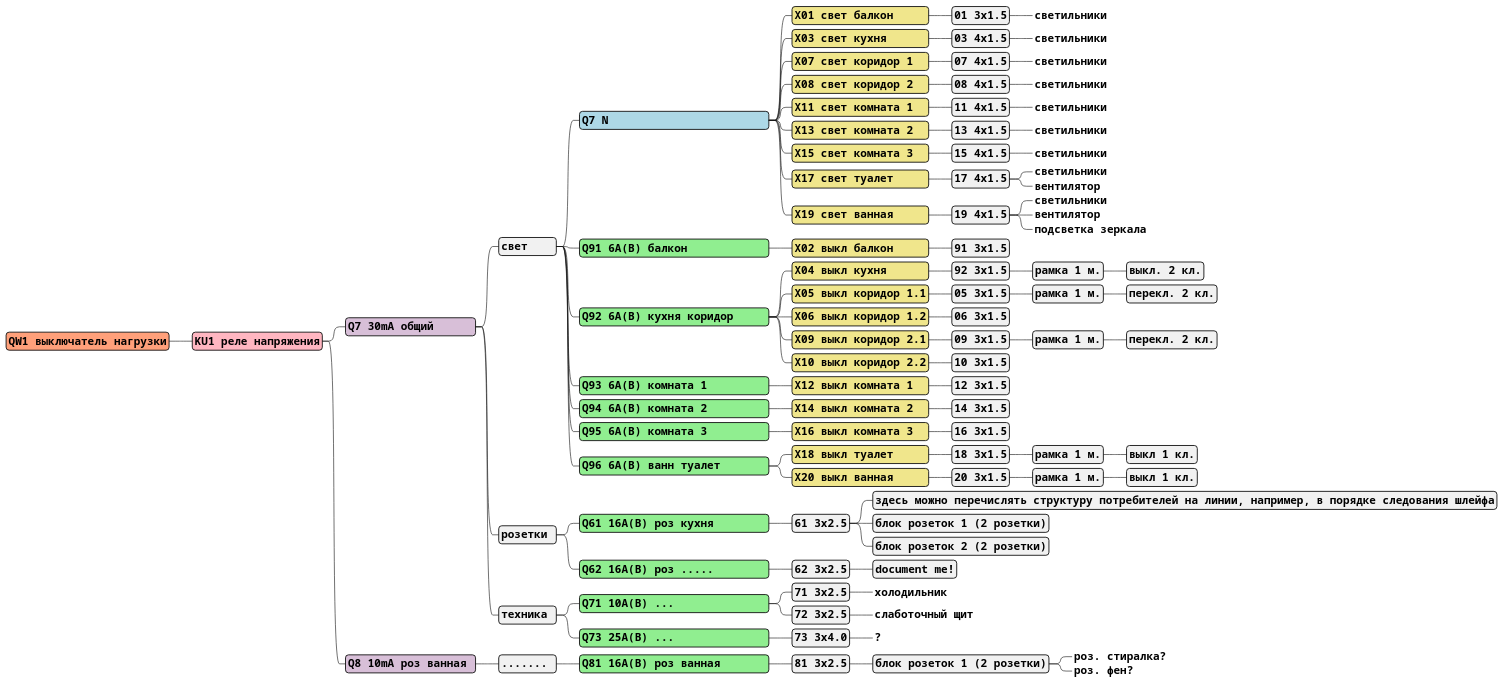
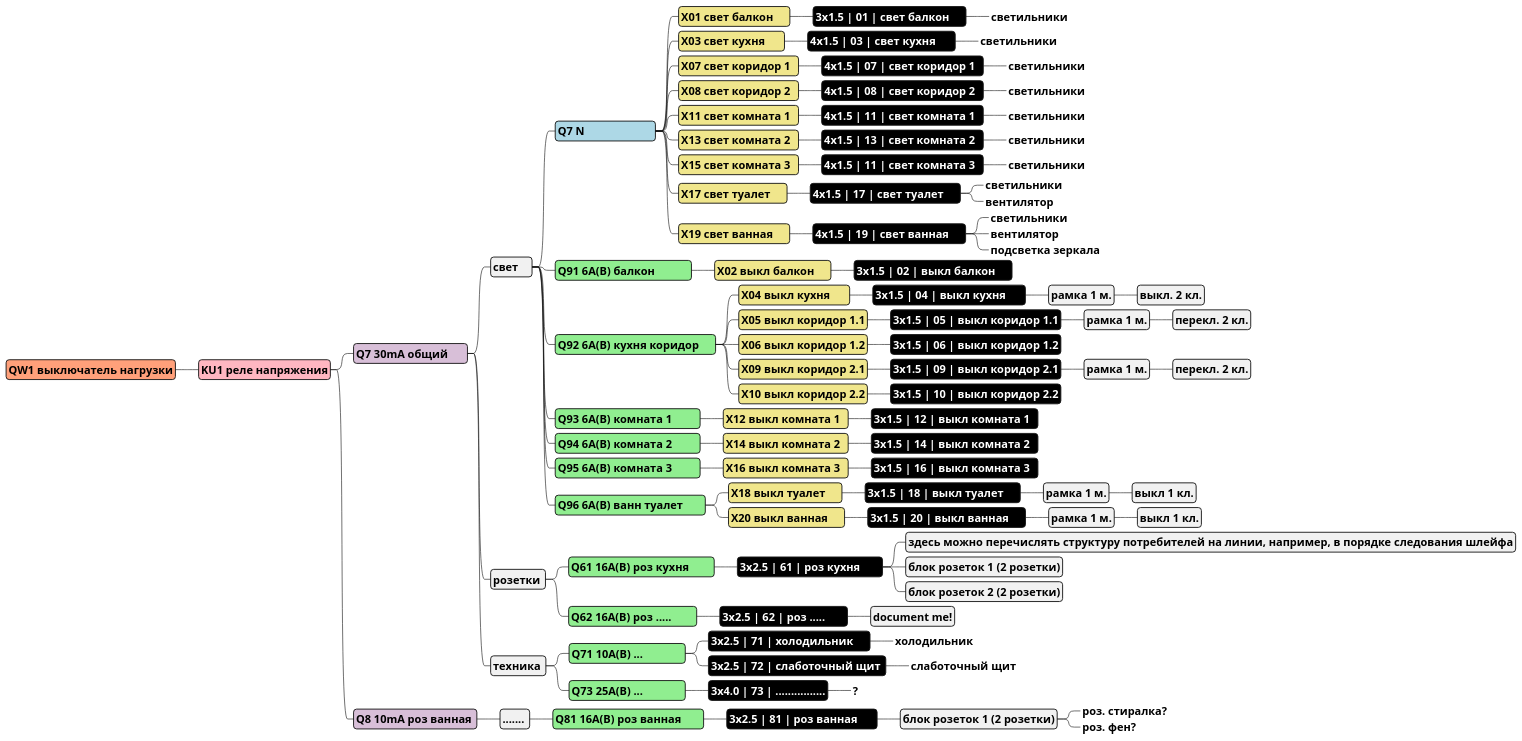
The diagram in electricity/wiring.puml (semicontinuity/reno), drawn with PlantUML before and after one commit. The commit also changed 1 other file, not shown here.

```diff
--- a/electricity/wiring.puml
+++ b/electricity/wiring.puml
@@ -1,185 +1,186 @@
 @startmindmap
 
 <style>
 legend {
   BackgroundColor #FFEFE0
 }
 node {
   FontStyle Bold
   FontSize 18
-  FontName Courier
+  FontName "Jetbrains Mono"
   Padding 4
   Margin 4
   RoundCorner 10
 }
 
 'Neutral
 .N {
   BackgroundColor #lightblue
 }
 
 'Switch disconnector
 .SD {
   BackgroundColor #lightsalmon
 }
 'Voltage relay
 .VR {
   BackgroundColor #LightPink
 }
 'Installation contactors
 .IC {
   BackgroundColor #NavajoWhite
 }
 'Latching relays
 .LR {
   BackgroundColor #NavajoWhite
 }
 .RCCB {
   BackgroundColor #thistle
 }
 .CB {
   BackgroundColor lightgreen
 }
 'Terminal
 .T {
   BackgroundColor #lightyellow
 }
 'Terminal
 .T1 {
   BackgroundColor #khaki
 }
 .T_IN {
   BackgroundColor #Wheat
 }
 'Wall outlet block
 .W {
   BackgroundColor #gainsboro
 }
 'Wall outlet
 .W {
   BackgroundColor #white
 }
 'Light group
 .L {
 }
 'Consumer
 .C {
   BackgroundColor #lightgray
 }
-.PLCIN {
-  BackgroundColor #white
+.VVG {
+  BackgroundColor #black
+  FontColor #white
 }
 </style>
 
 * QW1 выключатель нагрузки<<SD>>
   * KU1 реле напряжения<<VR>>
 
     * Q7 30mA общий      <<RCCB>>
       * свет    <<>>
         * Q7 N                        <<N>>
           * X01 свет балкон     <<T1>>
-            * 01 3x1.5
+            * 3x1.5 | 01 | свет балкон     <<VVG>>
               *_ светильники            <<L>>
           * X03 свет кухня      <<T1>>
-            * 03 4x1.5
+            * 4x1.5 | 03 | свет кухня      <<VVG>>
               *_ светильники            <<L>>
           * X07 свет коридор 1  <<T1>>
-            * 07 4x1.5
+            * 4x1.5 | 07 | свет коридор 1  <<VVG>>
               *_ светильники            <<L>>
           * X08 свет коридор 2  <<T1>>
-            * 08 4x1.5
+            * 4x1.5 | 08 | свет коридор 2  <<VVG>>
               *_ светильники            <<L>>
           * X11 свет комната 1  <<T1>>
-            * 11 4x1.5
+            * 4x1.5 | 11 | свет комната 1  <<VVG>>
               *_ светильники            <<L>>
           * X13 свет комната 2  <<T1>>
-            * 13 4x1.5
+            * 4x1.5 | 13 | свет комната 2  <<VVG>>
               *_ светильники            <<W>>
           * X15 свет комната 3  <<T1>>
-            * 15 4x1.5
+            * 4x1.5 | 11 | свет комната 3  <<VVG>>
               *_ светильники            <<L>>
           * X17 свет туалет     <<T1>>
-            * 17 4x1.5
+            * 4x1.5 | 17 | свет туалет     <<VVG>>
               *_ светильники            <<L>>
               *_ вентилятор             <<L>>
           * X19 свет ванная     <<T1>>
-            * 19 4x1.5
+            * 4x1.5 | 19 | свет ванная     <<VVG>>
               *_ светильники            <<L>>
               *_ вентилятор             <<L>>
               *_ подсветка зеркала      <<L>>
 
         * Q91 6A(B) балкон            <<CB>>
           * X02 выкл балкон     <<T1>>
-            * 91 3x1.5
+            * 3x1.5 | 02 | выкл балкон     <<VVG>>
 
         * Q92 6A(B) кухня коридор     <<CB>>
           * X04 выкл кухня      <<T1>>
-            * 92 3x1.5
+            * 3x1.5 | 04 | выкл кухня      <<VVG>>
               * рамка 1 м.
                 * выкл. 2 кл.
           * X05 выкл коридор 1.1<<T1>>
-            * 05 3x1.5
+            * 3x1.5 | 05 | выкл коридор 1.1<<VVG>>
               * рамка 1 м.
                 * перекл. 2 кл.
           * X06 выкл коридор 1.2<<T1>>
-            * 06 3x1.5
+            * 3x1.5 | 06 | выкл коридор 1.2<<VVG>>
           * X09 выкл коридор 2.1<<T1>>
-            * 09 3x1.5
+            * 3x1.5 | 09 | выкл коридор 2.1<<VVG>>
               * рамка 1 м.
                 * перекл. 2 кл.
           * X10 выкл коридор 2.2<<T1>>
-            * 10 3x1.5
+            * 3x1.5 | 10 | выкл коридор 2.2<<VVG>>
 
         * Q93 6A(B) комната 1         <<CB>>
           * X12 выкл комната 1  <<T1>>
-            * 12 3x1.5
+            * 3x1.5 | 12 | выкл комната 1  <<VVG>>
 
         * Q94 6A(B) комната 2         <<CB>>
           * X14 выкл комната 2  <<T1>>
-            * 14 3x1.5
+            * 3x1.5 | 14 | выкл комната 2  <<VVG>>
 
         * Q95 6A(B) комната 3         <<CB>>
           * X16 выкл комната 3  <<T1>>
-            * 16 3x1.5
+            * 3x1.5 | 16 | выкл комната 3  <<VVG>>
 
         * Q96 6A(B) ванн туалет       <<CB>>
           * X18 выкл туалет     <<T1>>
-            * 18 3x1.5
+            * 3x1.5 | 18 | выкл туалет     <<VVG>>
               * рамка 1 м.
                 * выкл 1 кл.
           * X20 выкл ванная     <<T1>>
-            * 20 3x1.5
+            * 3x1.5 | 20 | выкл ванная     <<VVG>>
               * рамка 1 м.
                 * выкл 1 кл.
 
       * розетки <<>>
 
         * Q61 16A(B) роз кухня        <<CB>>
-          * 61 3x2.5
+          * 3x2.5 | 61 | роз кухня       <<VVG>>
             * здесь можно перечислять структуру потребителей на линии, например, в порядке следования шлейфа
             * блок розеток 1 (2 розетки)<<WB>>
             * блок розеток 2 (2 розетки)<<WB>>
 
         * Q62 16A(B) роз .....        <<CB>>
-          * 62 3x2.5
+          * 3x2.5 | 62 | роз .....       <<VVG>>
             * document me!
 
       * техника <<>>
 
         * Q71 10A(B) ...              <<CB>>
-          * 71 3x2.5
+          * 3x2.5 | 71 | холодильник     <<VVG>>
             *_ холодильник
-          * 72 3x2.5
+          * 3x2.5 | 72 | слаботочный щит <<VVG>>
             *_ слаботочный щит
         * Q73 25A(B) ...              <<CB>>
-          * 73 3x4.0
+          * 3x4.0 | 73 | ................<<VVG>>
             *_ ?
     * Q8 10mA роз ванная <<RCCB>>
       * ....... <<>>
         * Q81 16A(B) роз ванная       <<CB>>
-          * 81 3x2.5
+          * 3x2.5 | 81 | роз ванная      <<VVG>>
             * блок розеток 1 (2 розетки)<<WB>>
               *_ роз. стиралка?
               *_ роз. фен?
 
 @endmindmap
```
